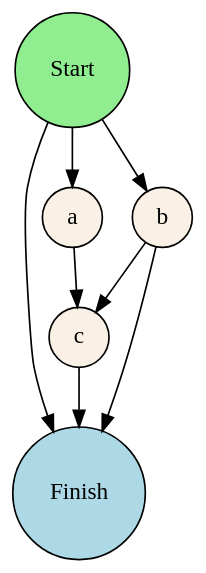
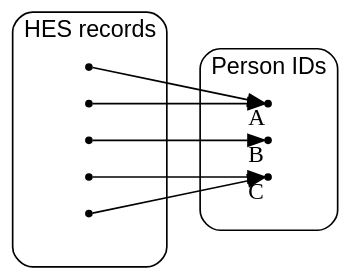
One commit to tony-stone/linkage-methodology-impact-ons changed the second of 3 diagrams in presentation-template.qmd. Above: the diagram before and after it, drawn with Graphviz. The commit also changed other lines of this file, not shown here.

````diff
--- a/presentation-template.qmd
+++ b/presentation-template.qmd
@@ -57,23 +153,37 @@
 ```{dot}
-//| fig-width: 2
+//| fig-width: 3
 
-digraph Dataflow {
-  rankdir="TB";
-	labelloc = t;
-	fontname = "Helvetica,Arial,sans-serif";
-	bgcolor = "transparent";
-  node [shape = circle, style = filled, fillcolor = Linen];
-  input [label = "Start", fillcolor = lightgreen];
-  d [label = "Finish", fillcolor = lightblue];
-  a [label = "a"]
-  b [label = "b"]
-  c [label = "c"]
-
-  input -> {a b d}
-  {a b} -> c
-  b -> d
-  c -> d
-
+digraph {
+  rankdir="LR";
+  node[shape="point", labelloc=c, labeljust=l]
+  fontname = "Helvetica,Arial,sans-serif";
+  bgcolor = "transparent";
+    
+  subgraph cluster_records {
+    style="rounded"
+    label="HES records"
+    labeljust=l
+    a1
+    a2
+    a3
+    a4
+    a5
+    a6 [style="invis"]
+  }
+  
+  subgraph cluster_persons {
+    style="rounded"
+    label="Person IDs"
+    b1 [xlabel="A"]
+    b2 [xlabel="B"]
+    b3 [xlabel="C"]
+    b4 [style="invis"]
+  }
+  
+  a1->b1
+  a2->b1
+  a3->b2
+  a4->b3
+  a5->b3
 }
-
 ```
````
